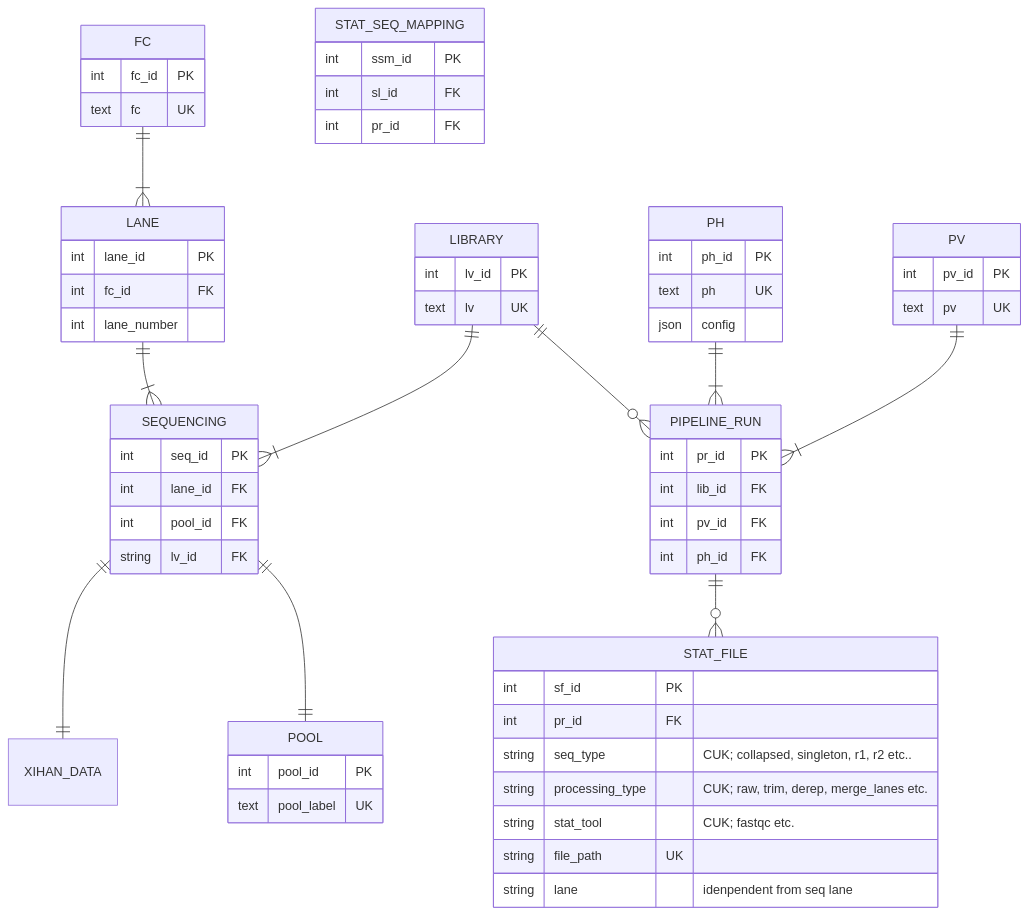
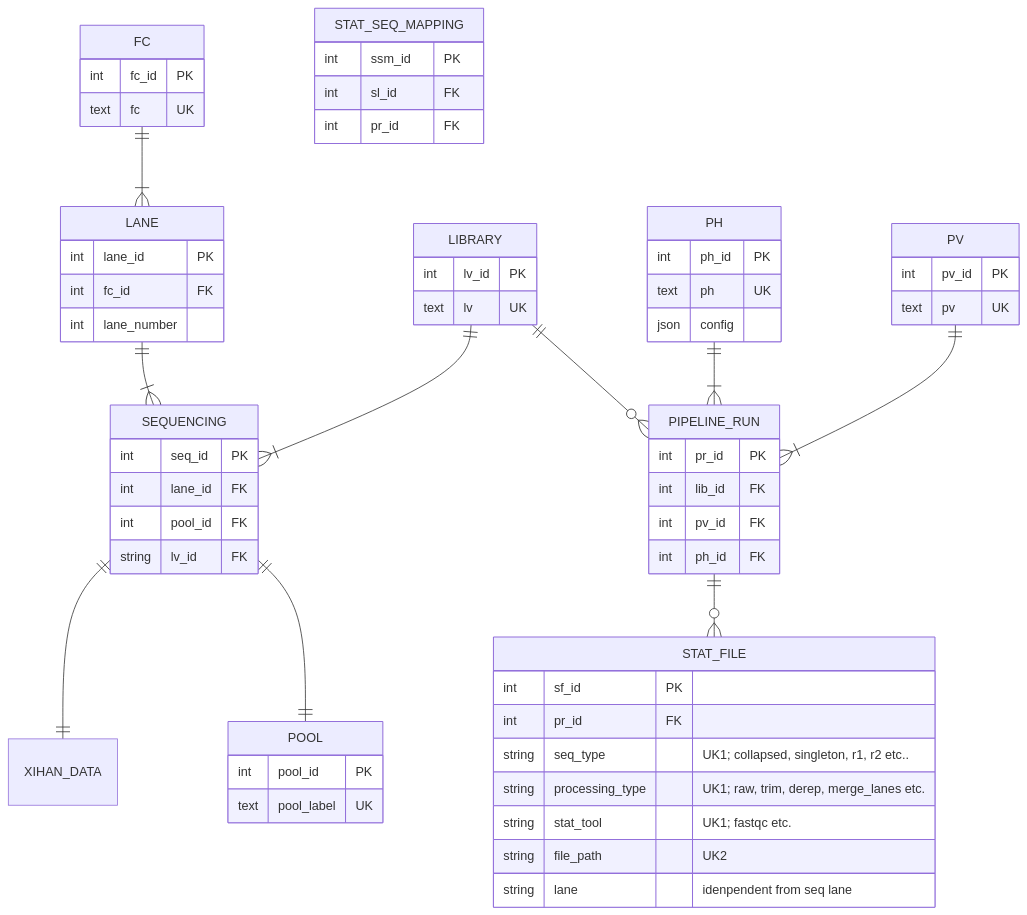
One commit to GeoGenetics/qc-parser changed the diagram in diagrams/main diagrams/double_lane_v1.md. Above: the diagram before and after it, drawn with Mermaid.

Commit message:
Update STAT_FILE attributes with new prefixes

````diff
--- a/diagrams/main diagrams/double_lane_v1.md
+++ b/diagrams/main diagrams/double_lane_v1.md
@@ -4,80 +4,80 @@
 ```mermaid
 erDiagram
     LIBRARY ||--|{ SEQUENCING : ""
     FC ||--|{ LANE : ""
     LANE ||--|{ SEQUENCING : ""
     PV ||--|{ PIPELINE_RUN : ""
     PH ||--|{ PIPELINE_RUN : ""    
 
     PIPELINE_RUN ||--o{ STAT_FILE : ""
 
     LIBRARY ||--o{ PIPELINE_RUN : ""
     SEQUENCING ||--|| XIHAN_DATA : ""
     SEQUENCING ||--|| POOL : ""
     
     
     LIBRARY {
         int lv_id PK
         text lv UK
     }
 
     FC {
         int fc_id PK
         text fc UK
     }
 
     LANE {
         int lane_id PK
         int fc_id FK
         int lane_number 
     }
 
     POOL {
         int pool_id PK
         text pool_label UK
     }
 
     PV {
         int pv_id PK
         text pv UK
     }
 
     PH {
         int ph_id PK
         text ph UK
         json config
     }
 
     SEQUENCING {
         int seq_id PK
         int lane_id FK 
         int pool_id FK
         string lv_id FK
 }
 
     PIPELINE_RUN {
         int pr_id PK
         int lib_id FK
         int pv_id FK
         int ph_id FK
     }
 
     STAT_FILE {
         int sf_id PK
         int pr_id FK
-        string seq_type "CUK; collapsed, singleton, r1, r2 etc.."
-        string processing_type "CUK; raw, trim, derep, merge_lanes etc."
-        string stat_tool "CUK; fastqc etc."
-        string file_path UK
+        string seq_type "UK1; collapsed, singleton, r1, r2 etc.."
+        string processing_type "UK1; raw, trim, derep, merge_lanes etc."
+        string stat_tool "UK1; fastqc etc."
+        string file_path "UK2"
         string lane "idenpendent from seq lane"
     }
 
 STAT_SEQ_MAPPING {
     int ssm_id PK
     int sl_id FK
     int pr_id FK
 }
 
 
 
 ```
````
